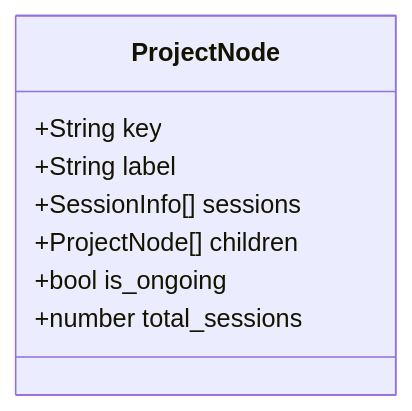
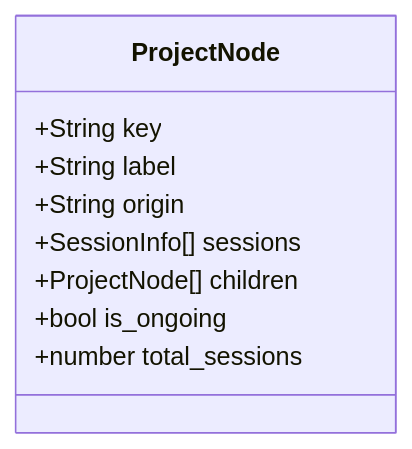
The third of 6 diagrams in specs/11-project-tree.md (delexw/claude-code-trace), drawn with Mermaid before and after one commit. The commit also changed other lines of this file and 4 other files, not shown here.

````diff
--- a/specs/11-project-tree.md
+++ b/specs/11-project-tree.md
@@ -57,11 +57,12 @@
 ```mermaid
 classDiagram
     class ProjectNode {
         +String key
         +String label
+        +String origin
         +SessionInfo[] sessions
         +ProjectNode[] children
         +bool is_ongoing
         +number total_sessions
     }
 ```
````
